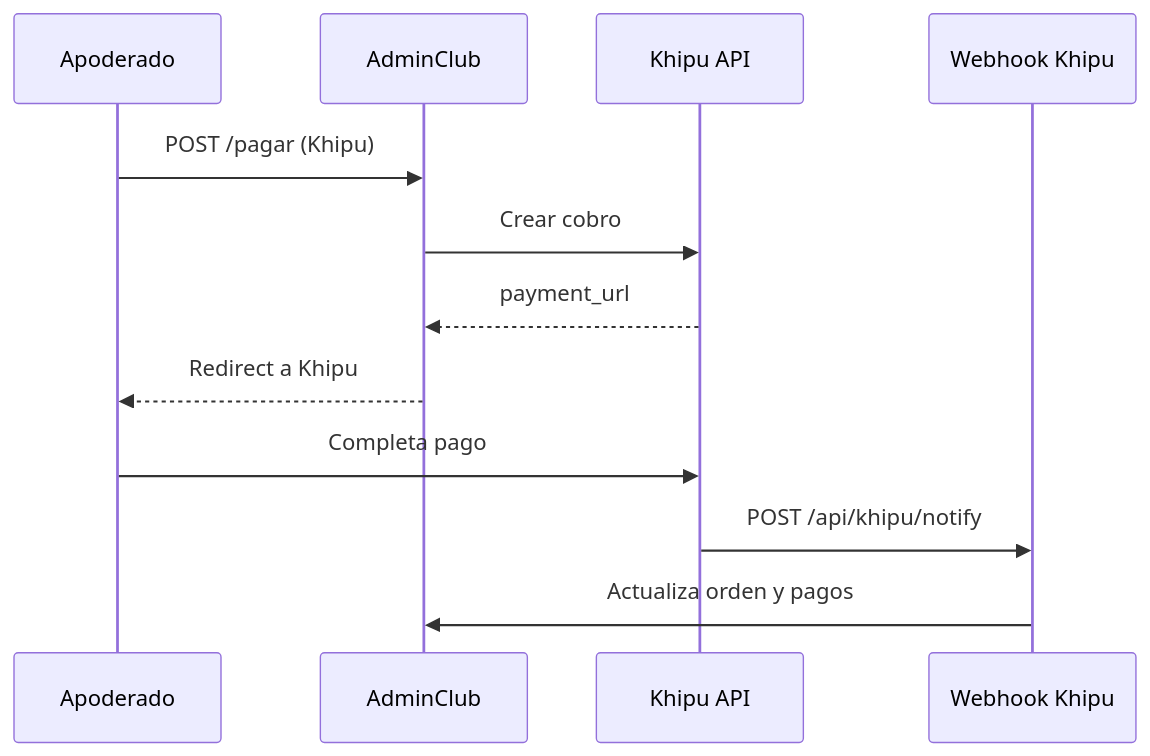
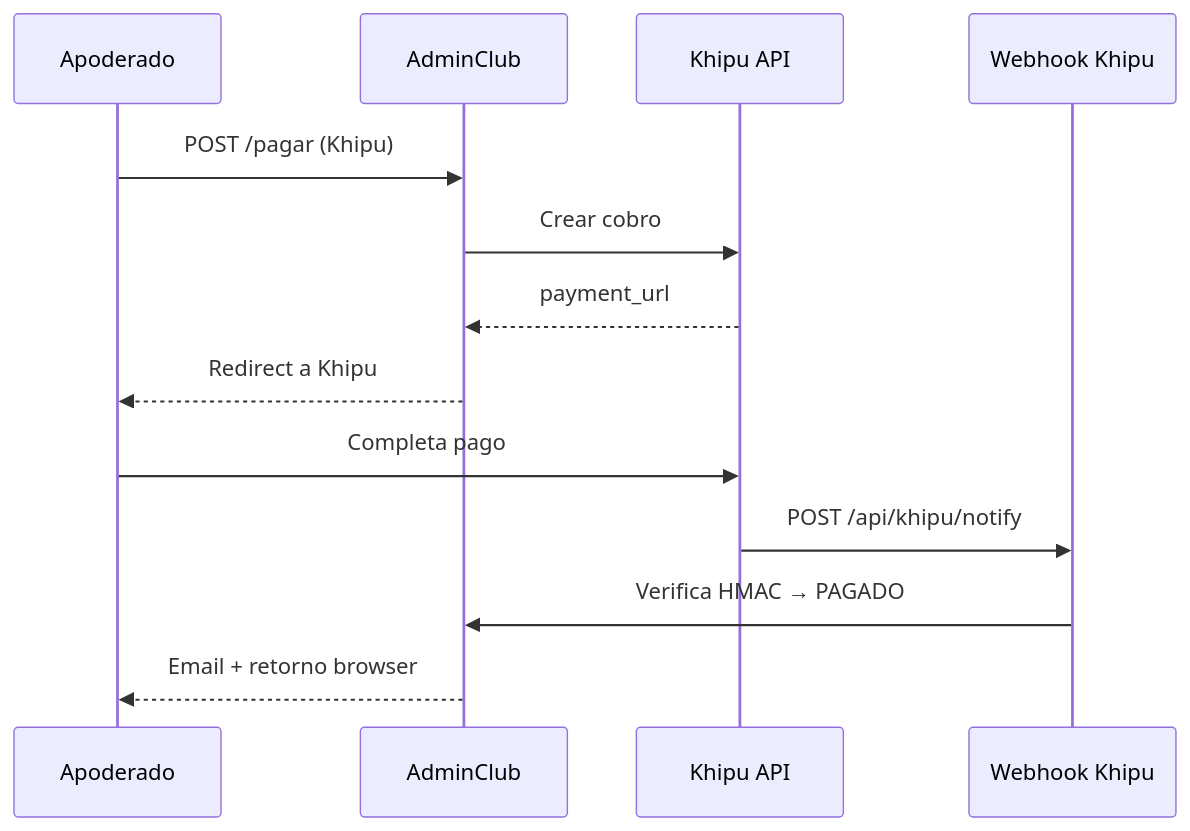
The second of 2 diagrams in README.md (estebanjpc/miClub), drawn with Mermaid before and after one commit. The commit also changed other lines of this file and 8 other files, not shown here.

````diff
--- a/README.md
+++ b/README.md
@@ -87,15 +120,16 @@
 ```mermaid
 sequenceDiagram
     participant U as Apoderado
     participant A as AdminClub
     participant K as Khipu API
     participant W as Webhook Khipu
 
     U->>A: POST /pagar (Khipu)
     A->>K: Crear cobro
     K-->>A: payment_url
     A-->>U: Redirect a Khipu
     U->>K: Completa pago
     K->>W: POST /api/khipu/notify
-    W->>A: Actualiza orden y pagos
+    W->>A: Verifica HMAC → PAGADO
+    A-->>U: Email + retorno browser
 ```
````
